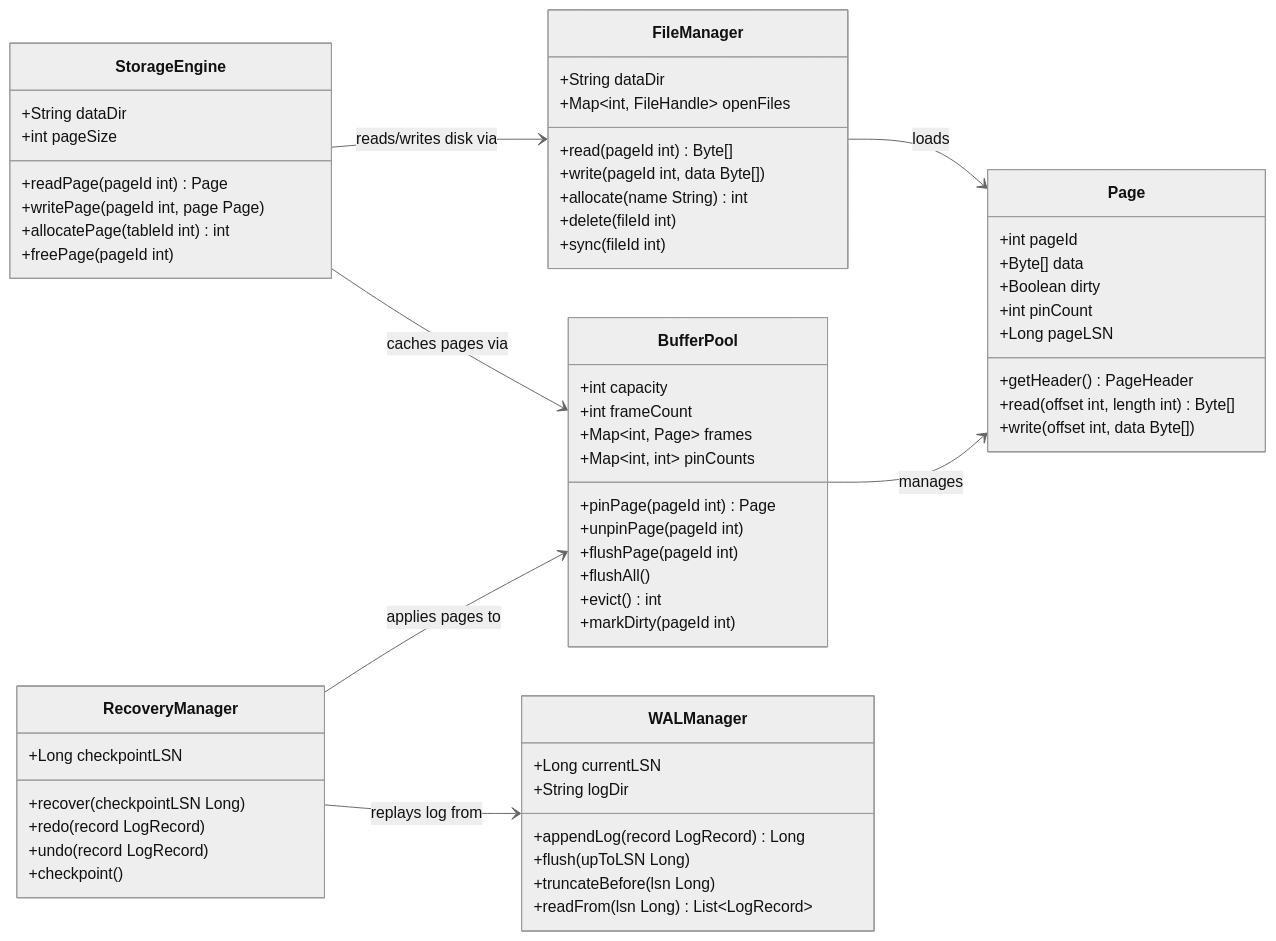
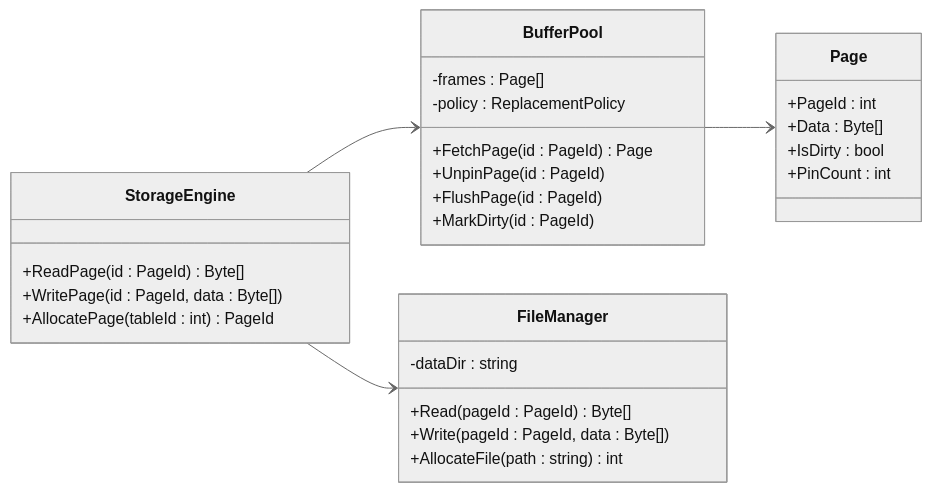
One commit to Hagiakhanh/bbv-dbms changed the fifth of 9 diagrams in README.md. Above: the diagram before and after it, drawn with Mermaid (neutral theme). The commit also changed other lines of this file, not shown here.

Commit message:
list integration test

````diff
--- a/README.md
+++ b/README.md
@@ -465,71 +909,32 @@
 ```mermaid
 classDiagram
 direction LR
-
-    class StorageEngine {
-        +String dataDir
-        +int pageSize
-        +readPage(pageId int) Page
-        +writePage(pageId int, page Page)
-        +allocatePage(tableId int) int
-        +freePage(pageId int)
-    }
-
-    class BufferPool {
-        +int capacity
-        +int frameCount
-        +Map~int, Page~ frames
-        +Map~int, int~ pinCounts
-        +pinPage(pageId int) Page
-        +unpinPage(pageId int)
-        +flushPage(pageId int)
-        +flushAll()
-        +evict() int
-        +markDirty(pageId int)
-    }
-
-    class Page {
-        +int pageId
-        +Byte[] data
-        +Boolean dirty
-        +int pinCount
-        +Long pageLSN
-        +getHeader() PageHeader
-        +read(offset int, length int) Byte[]
-        +write(offset int, data Byte[])
-    }
-
-    class FileManager {
-        +String dataDir
-        +Map~int, FileHandle~ openFiles
-        +read(pageId int) Byte[]
-        +write(pageId int, data Byte[])
-        +allocate(name String) int
-        +delete(fileId int)
-        +sync(fileId int)
-    }
-
-    class WALManager {
-        +Long currentLSN
-        +String logDir
-        +appendLog(record LogRecord) Long
-        +flush(upToLSN Long)
-        +truncateBefore(lsn Long)
-        +readFrom(lsn Long) List~LogRecord~
-    }
-
-    class RecoveryManager {
-        +Long checkpointLSN
-        +recover(checkpointLSN Long)
-        +redo(record LogRecord)
-        +undo(record LogRecord)
-        +checkpoint()
-    }
-
-    StorageEngine --> BufferPool   : caches pages via
-    StorageEngine --> FileManager  : reads/writes disk via
-    BufferPool --> Page            : manages
-    FileManager --> Page           : loads
-    RecoveryManager --> WALManager : replays log from
-    RecoveryManager --> BufferPool : applies pages to
+class StorageEngine {
+    +ReadPage(id : PageId) Byte[]
+    +WritePage(id : PageId, data : Byte[])
+    +AllocatePage(tableId : int) PageId
+}
+class BufferPool {
+    -frames : Page[]
+    -policy : ReplacementPolicy
+    +FetchPage(id : PageId) Page
+    +UnpinPage(id : PageId)
+    +FlushPage(id : PageId)
+    +MarkDirty(id : PageId)
+}
+class Page {
+    +PageId : int
+    +Data : Byte[]
+    +IsDirty : bool
+    +PinCount : int
+}
+class FileManager {
+    -dataDir : string
+    +Read(pageId : PageId) Byte[]
+    +Write(pageId : PageId, data : Byte[])
+    +AllocateFile(path : string) int
+}
+StorageEngine --> BufferPool
+StorageEngine --> FileManager
+BufferPool --> Page
 ```
````
